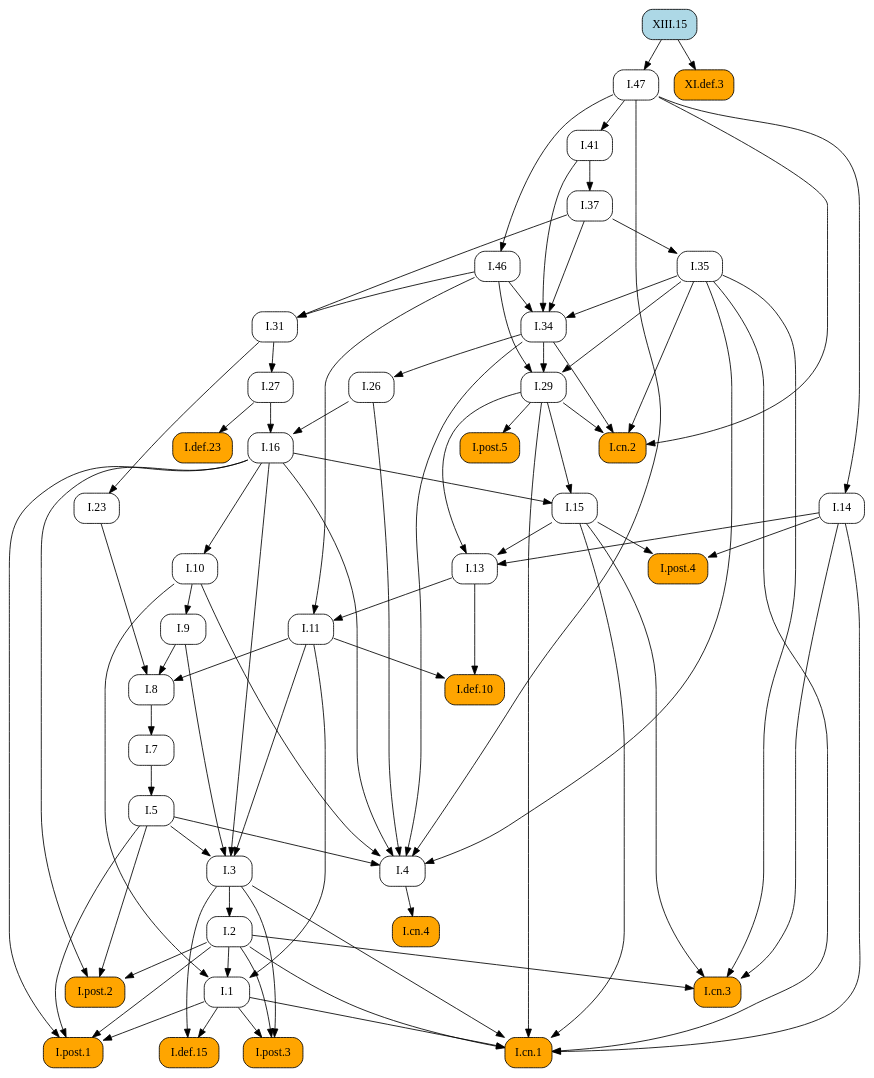
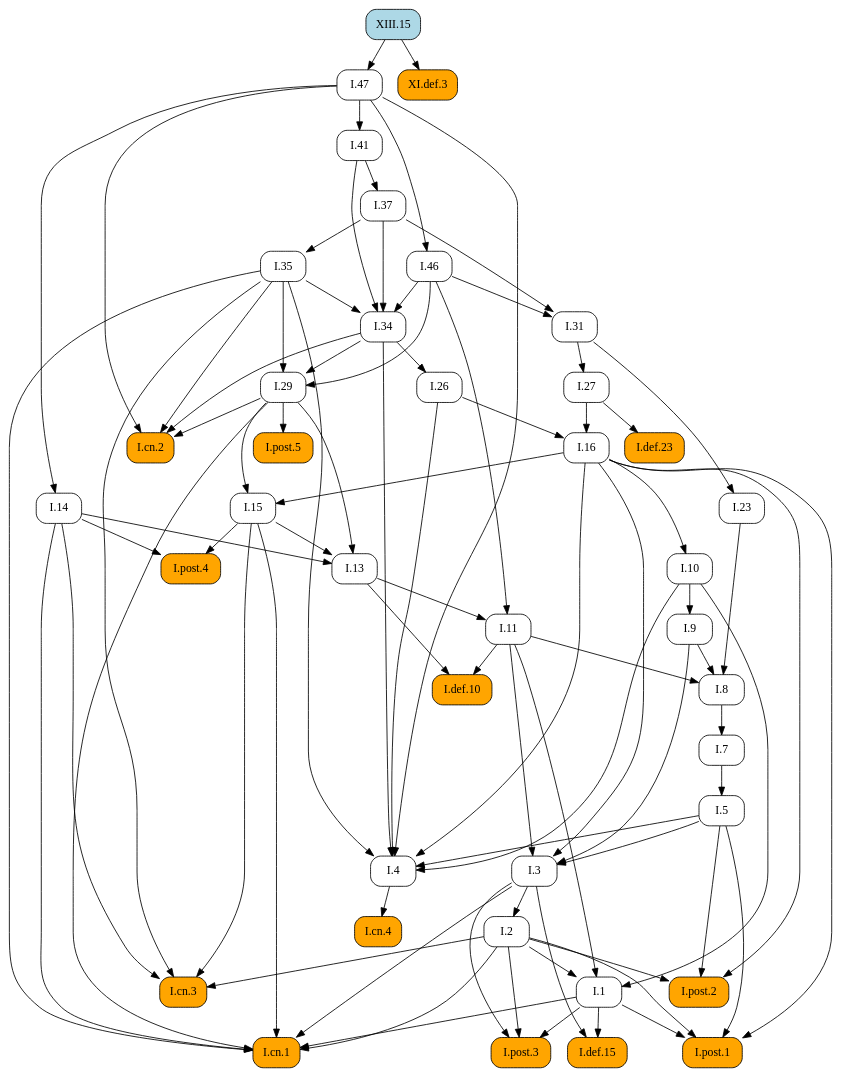
One commit to geometor/elements changed the diagram in docsrc/heath/XIII/15/index.rst. Above: the diagram before and after it, drawn with Graphviz. The commit also changed other lines of this file and 484 other files, not shown here.

```diff
--- a/docsrc/heath/XIII/15/index.rst
+++ b/docsrc/heath/XIII/15/index.rst
@@ -55,91 +55,64 @@
    digraph {
      rankdir="TB";
      node [shape=box, style=rounded];
+     "I.23" [URL="/heath/I/23/", target="_top"];
+     "I.9" [URL="/heath/I/9/", target="_top"];
+     "I.def.15" [style="rounded,filled", fillcolor=orange, URL="/heath/I/def.15/", target="_top"];
+     "I.47" [URL="/heath/I/47/", target="_top"];
+     "I.post.3" [style="rounded,filled", fillcolor=orange, URL="/heath/I/post.3/", target="_top"];
+     "I.post.1" [style="rounded,filled", fillcolor=orange, URL="/heath/I/post.1/", target="_top"];
+     "I.31" [URL="/heath/I/31/", target="_top"];
      "I.def.10" [style="rounded,filled", fillcolor=orange, URL="/heath/I/def.10/", target="_top"];
      "XI.def.3" [style="rounded,filled", fillcolor=orange, URL="/heath/XI/def.3/", target="_top"];
-     "I.post.4" [style="rounded,filled", fillcolor=orange, URL="/heath/I/post.4/", target="_top"];
-     "I.11" [URL="/heath/I/11/", target="_top"];
-     "I.1" [URL="/heath/I/1/", target="_top"];
-     "I.26" [URL="/heath/I/26/", target="_top"];
-     "I.29" [URL="/heath/I/29/", target="_top"];
-     "I.cn.2" [style="rounded,filled", fillcolor=orange, URL="/heath/I/cn.2/", target="_top"];
-     "I.47" [URL="/heath/I/47/", target="_top"];
-     "I.def.15" [style="rounded,filled", fillcolor=orange, URL="/heath/I/def.15/", target="_top"];
-     "I.post.3" [style="rounded,filled", fillcolor=orange, URL="/heath/I/post.3/", target="_top"];
-     "I.cn.1" [style="rounded,filled", fillcolor=orange, URL="/heath/I/cn.1/", target="_top"];
-     "I.cn.3" [style="rounded,filled", fillcolor=orange, URL="/heath/I/cn.3/", target="_top"];
+     "I.27" [URL="/heath/I/27/", target="_top"];
      "I.14" [URL="/heath/I/14/", target="_top"];
-     "I.23" [URL="/heath/I/23/", target="_top"];
-     "I.post.1" [style="rounded,filled", fillcolor=orange, URL="/heath/I/post.1/", target="_top"];
-     "I.35" [URL="/heath/I/35/", target="_top"];
-     "I.41" [URL="/heath/I/41/", target="_top"];
-     "I.27" [URL="/heath/I/27/", target="_top"];
-     "I.46" [URL="/heath/I/46/", target="_top"];
-     "I.37" [URL="/heath/I/37/", target="_top"];
      "I.34" [URL="/heath/I/34/", target="_top"];
      "I.3" [URL="/heath/I/3/", target="_top"];
+     "I.35" [URL="/heath/I/35/", target="_top"];
+     "I.cn.1" [style="rounded,filled", fillcolor=orange, URL="/heath/I/cn.1/", target="_top"];
      "I.7" [URL="/heath/I/7/", target="_top"];
      "I.2" [URL="/heath/I/2/", target="_top"];
+     "I.13" [URL="/heath/I/13/", target="_top"];
+     "I.post.4" [style="rounded,filled", fillcolor=orange, URL="/heath/I/post.4/", target="_top"];
      "I.4" [URL="/heath/I/4/", target="_top"];
+     "I.1" [URL="/heath/I/1/", target="_top"];
+     "I.5" [URL="/heath/I/5/", target="_top"];
+     "I.37" [URL="/heath/I/37/", target="_top"];
+     "I.8" [URL="/heath/I/8/", target="_top"];
+     "I.29" [URL="/heath/I/29/", target="_top"];
+     "I.cn.3" [style="rounded,filled", fillcolor=orange, URL="/heath/I/cn.3/", target="_top"];
+     "I.16" [URL="/heath/I/16/", target="_top"];
+     "I.15" [URL="/heath/I/15/", target="_top"];
+     "I.10" [URL="/heath/I/10/", target="_top"];
+     "I.11" [URL="/heath/I/11/", target="_top"];
      "I.def.23" [style="rounded,filled", fillcolor=orange, URL="/heath/I/def.23/", target="_top"];
-     "I.13" [URL="/heath/I/13/", target="_top"];
-     "I.31" [URL="/heath/I/31/", target="_top"];
-     "I.post.2" [style="rounded,filled", fillcolor=orange, URL="/heath/I/post.2/", target="_top"];
-     "I.16" [URL="/heath/I/16/", target="_top"];
-     "I.9" [URL="/heath/I/9/", target="_top"];
-     "I.8" [URL="/heath/I/8/", target="_top"];
-     "I.cn.4" [style="rounded,filled", fillcolor=orange, URL="/heath/I/cn.4/", target="_top"];
-     "I.15" [URL="/heath/I/15/", target="_top"];
+     "I.cn.2" [style="rounded,filled", fillcolor=orange, URL="/heath/I/cn.2/", target="_top"];
      "I.post.5" [style="rounded,filled", fillcolor=orange, URL="/heath/I/post.5/", target="_top"];
      "XIII.15" [style="rounded,filled", fillcolor=lightblue, URL="/heath/XIII/15/", target="_top"];
-     "I.10" [URL="/heath/I/10/", target="_top"];
-     "I.5" [URL="/heath/I/5/", target="_top"];
-     "I.11" -> "I.def.10";
-     "I.13" -> "I.def.10";
-     "XIII.15" -> "XI.def.3";
-     "I.14" -> "I.post.4";
-     "I.15" -> "I.post.4";
-     "I.13" -> "I.11";
-     "I.46" -> "I.11";
-     "I.2" -> "I.1";
-     "I.10" -> "I.1";
-     "I.11" -> "I.1";
-     "I.34" -> "I.26";
-     "I.34" -> "I.29";
-     "I.35" -> "I.29";
-     "I.46" -> "I.29";
-     "I.29" -> "I.cn.2";
-     "I.34" -> "I.cn.2";
-     "I.35" -> "I.cn.2";
-     "I.47" -> "I.cn.2";
-     "XIII.15" -> "I.47";
+     "I.cn.4" [style="rounded,filled", fillcolor=orange, URL="/heath/I/cn.4/", target="_top"];
+     "I.41" [URL="/heath/I/41/", target="_top"];
+     "I.post.2" [style="rounded,filled", fillcolor=orange, URL="/heath/I/post.2/", target="_top"];
+     "I.46" [URL="/heath/I/46/", target="_top"];
+     "I.26" [URL="/heath/I/26/", target="_top"];
+     "I.31" -> "I.23";
+     "I.10" -> "I.9";
      "I.1" -> "I.def.15";
      "I.3" -> "I.def.15";
+     "XIII.15" -> "I.47";
      "I.1" -> "I.post.3";
      "I.2" -> "I.post.3";
      "I.3" -> "I.post.3";
-     "I.1" -> "I.cn.1";
-     "I.2" -> "I.cn.1";
-     "I.3" -> "I.cn.1";
-     "I.14" -> "I.cn.1";
-     "I.15" -> "I.cn.1";
-     "I.29" -> "I.cn.1";
-     "I.35" -> "I.cn.1";
-     "I.2" -> "I.cn.3";
-     "I.14" -> "I.cn.3";
-     "I.15" -> "I.cn.3";
-     "I.35" -> "I.cn.3";
-     "I.47" -> "I.14";
-     "I.31" -> "I.23";
      "I.1" -> "I.post.1";
      "I.2" -> "I.post.1";
      "I.5" -> "I.post.1";
      "I.16" -> "I.post.1";
-     "I.37" -> "I.35";
-     "I.47" -> "I.41";
+     "I.37" -> "I.31";
+     "I.46" -> "I.31";
+     "I.11" -> "I.def.10";
+     "I.13" -> "I.def.10";
+     "XIII.15" -> "XI.def.3";
      "I.31" -> "I.27";
-     "I.47" -> "I.46";
-     "I.41" -> "I.37";
+     "I.47" -> "I.14";
      "I.35" -> "I.34";
      "I.37" -> "I.34";
      "I.41" -> "I.34";
@@ -148,8 +121,21 @@
      "I.9" -> "I.3";
      "I.11" -> "I.3";
      "I.16" -> "I.3";
+     "I.37" -> "I.35";
+     "I.1" -> "I.cn.1";
+     "I.2" -> "I.cn.1";
+     "I.3" -> "I.cn.1";
+     "I.14" -> "I.cn.1";
+     "I.15" -> "I.cn.1";
+     "I.29" -> "I.cn.1";
+     "I.35" -> "I.cn.1";
      "I.8" -> "I.7";
      "I.3" -> "I.2";
+     "I.14" -> "I.13";
+     "I.15" -> "I.13";
+     "I.29" -> "I.13";
+     "I.14" -> "I.post.4";
+     "I.15" -> "I.post.4";
      "I.5" -> "I.4";
      "I.10" -> "I.4";
      "I.16" -> "I.4";
@@ -157,25 +143,39 @@
      "I.34" -> "I.4";
      "I.35" -> "I.4";
      "I.47" -> "I.4";
+     "I.2" -> "I.1";
+     "I.10" -> "I.1";
+     "I.11" -> "I.1";
+     "I.7" -> "I.5";
+     "I.41" -> "I.37";
+     "I.9" -> "I.8";
+     "I.11" -> "I.8";
+     "I.23" -> "I.8";
+     "I.34" -> "I.29";
+     "I.35" -> "I.29";
+     "I.46" -> "I.29";
+     "I.2" -> "I.cn.3";
+     "I.14" -> "I.cn.3";
+     "I.15" -> "I.cn.3";
+     "I.35" -> "I.cn.3";
+     "I.26" -> "I.16";
+     "I.27" -> "I.16";
+     "I.16" -> "I.15";
+     "I.29" -> "I.15";
+     "I.16" -> "I.10";
+     "I.13" -> "I.11";
+     "I.46" -> "I.11";
      "I.27" -> "I.def.23";
-     "I.14" -> "I.13";
-     "I.15" -> "I.13";
-     "I.29" -> "I.13";
-     "I.37" -> "I.31";
-     "I.46" -> "I.31";
+     "I.29" -> "I.cn.2";
+     "I.34" -> "I.cn.2";
+     "I.35" -> "I.cn.2";
+     "I.47" -> "I.cn.2";
+     "I.29" -> "I.post.5";
+     "I.4" -> "I.cn.4";
+     "I.47" -> "I.41";
      "I.2" -> "I.post.2";
      "I.5" -> "I.post.2";
      "I.16" -> "I.post.2";
-     "I.26" -> "I.16";
-     "I.27" -> "I.16";
-     "I.10" -> "I.9";
-     "I.9" -> "I.8";
-     "I.11" -> "I.8";
-     "I.23" -> "I.8";
-     "I.4" -> "I.cn.4";
-     "I.16" -> "I.15";
-     "I.29" -> "I.15";
-     "I.29" -> "I.post.5";
-     "I.16" -> "I.10";
-     "I.7" -> "I.5";
+     "I.47" -> "I.46";
+     "I.34" -> "I.26";
    }
```
